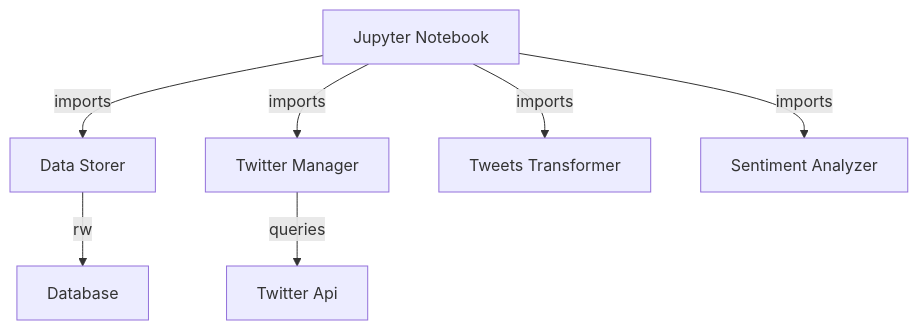
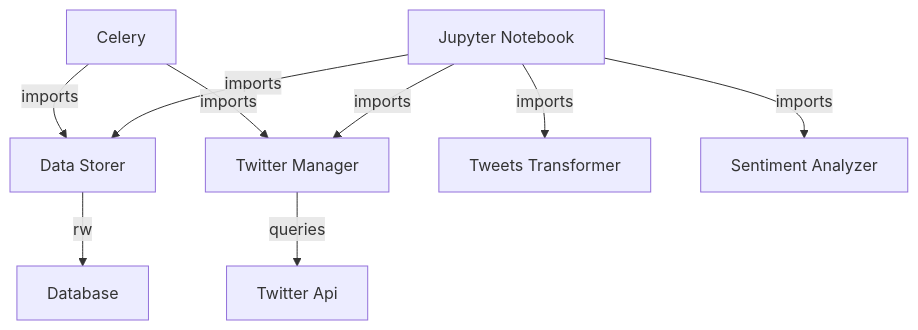
Before and after one commit to plknkl/twitter_reader: the diagram in docs/containers/twitter_reader_components.md, drawn with Mermaid. The commit also changed other lines of this file and 13 other files, not shown here.

````diff
--- a/docs/containers/twitter_reader_components.md
+++ b/docs/containers/twitter_reader_components.md
@@ -1,9 +1,11 @@
 ```mermaid
 graph TD
     jupyter[Jupyter Notebook] -->|imports| data_storer[Data Storer]
     jupyter -->|imports| twitter_manager[Twitter Manager]
     jupyter -->|imports| tweets_transformer[Tweets Transformer]
     jupyter -->|imports| sentiment_analyzer[Sentiment Analyzer]
     data_storer -->|rw| database[Database]
     twitter_manager[Twitter Manager] -->|queries| twitter_api[Twitter Api]
+    celery[Celery] --> |imports| twitter_manager[Twitter Manager]
+    celery --> |imports| data_storer
 ```
````
